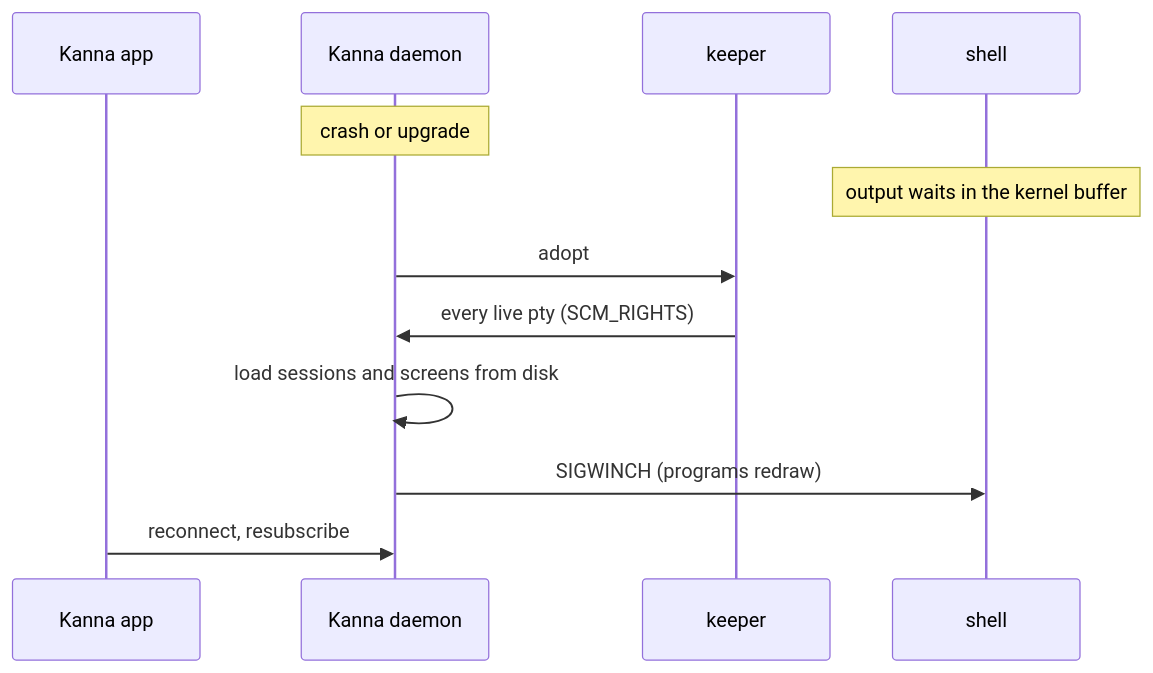
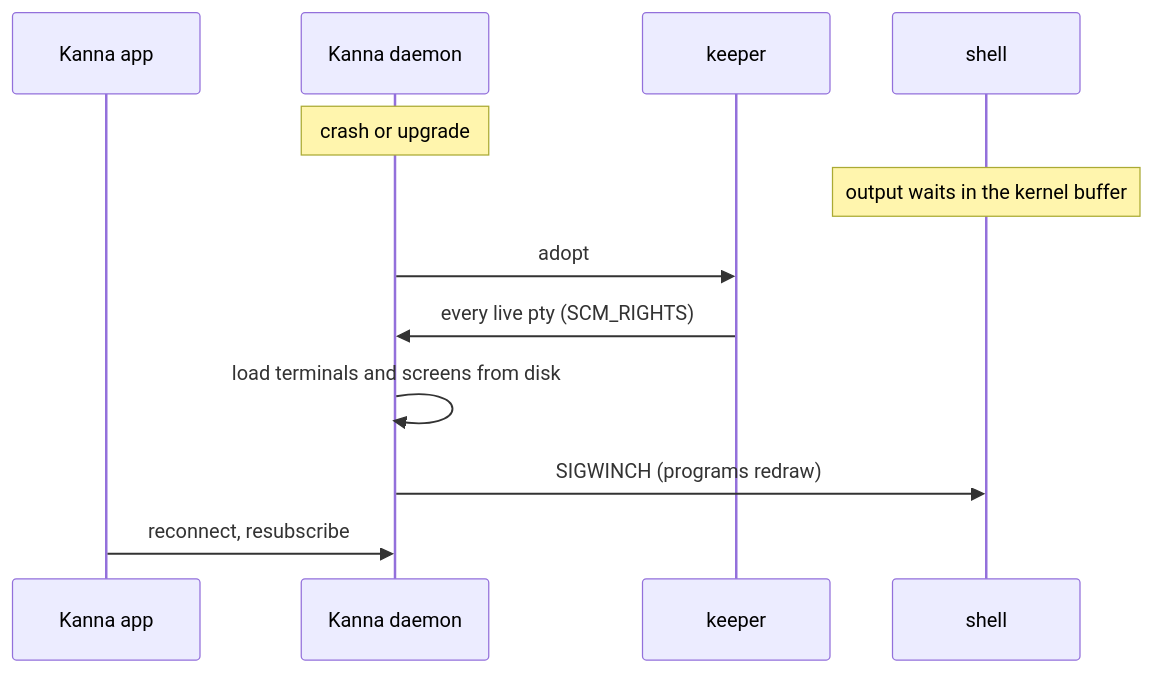
Before and after one commit to jemdiggity/kanna-v4: the eighth of 9 diagrams in docs/research/mux-architecture.md, drawn with Mermaid. The commit also changed other lines of this file, not shown here.

Commit message:
Mux architecture: only terminals live in the daemon; web, markdown and iOS are layout state

````diff
--- a/docs/research/mux-architecture.md
+++ b/docs/research/mux-architecture.md
@@ -321,14 +257,14 @@
 ```mermaid
 sequenceDiagram
     participant A as Kanna app
     participant D as Kanna daemon
     participant K as keeper
     participant S as shell
     Note over D: crash or upgrade
     Note over S: output waits in the kernel buffer
     D->>K: adopt
     K->>D: every live pty (SCM_RIGHTS)
-    D->>D: load sessions and screens from disk
+    D->>D: load terminals and screens from disk
     D->>S: SIGWINCH (programs redraw)
     A->>D: reconnect, resubscribe
 ```
````
